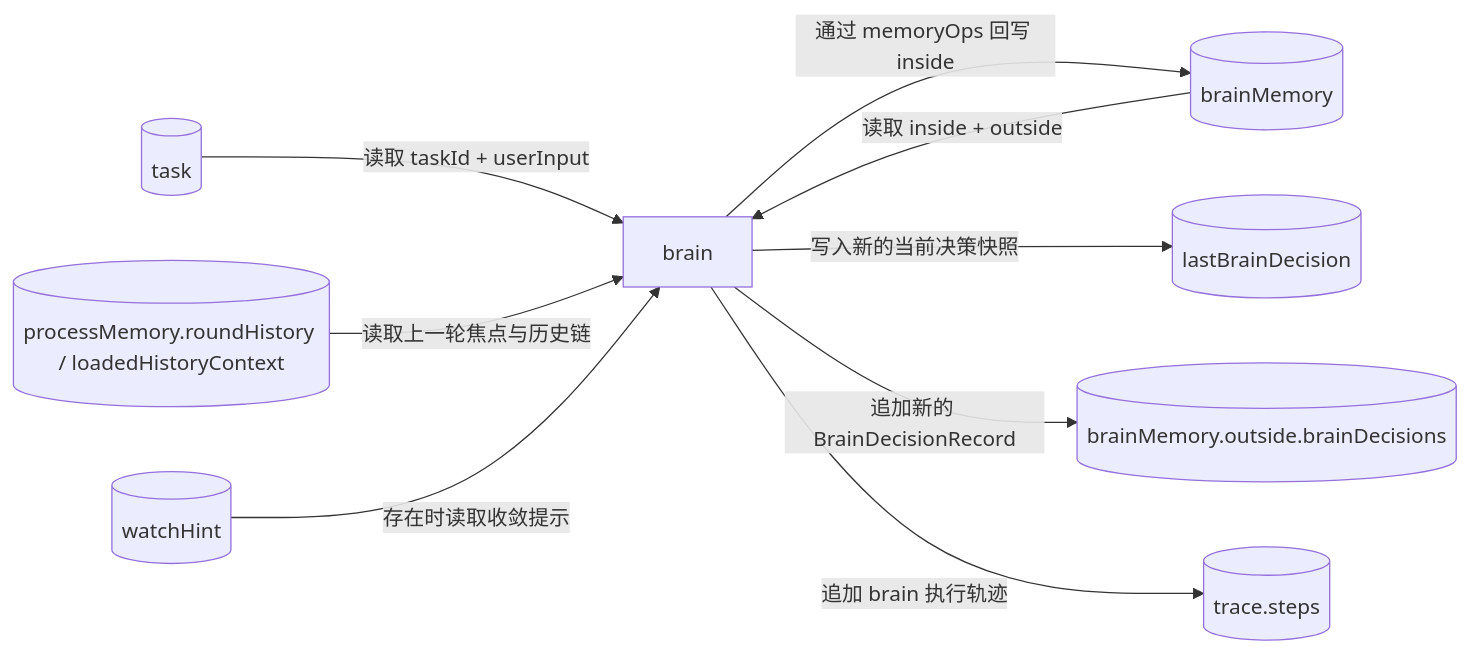
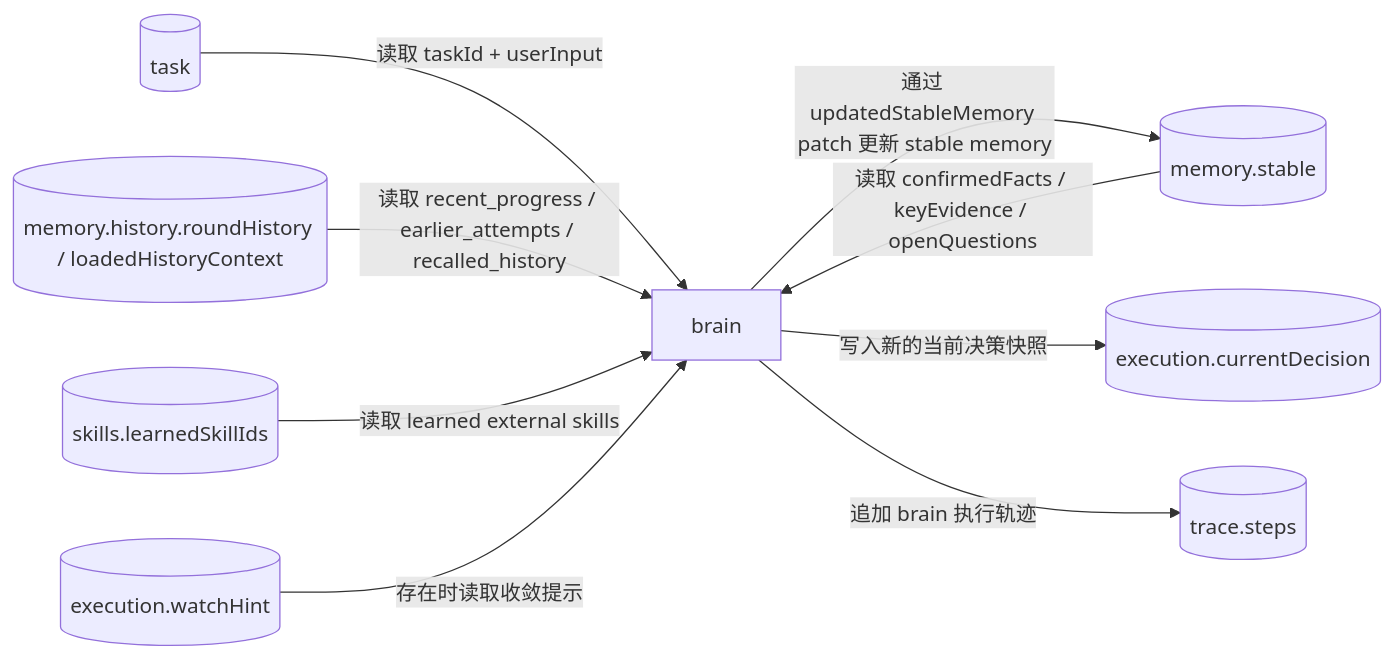
The fourth of 7 diagrams in doc/ai-design/data-definition-and-flow.md (Yoan98/Ncurator), drawn with Mermaid before and after one commit. The commit also changed other lines of this file and 52 other files, not shown here.

````diff
--- a/doc/ai-design/data-definition-and-flow.md
+++ b/doc/ai-design/data-definition-and-flow.md
@@ -903,20 +887,20 @@
 ```mermaid
 flowchart LR
     T[("task")]
-    BM[("brainMemory")]
-    PM[("processMemory.roundHistory / loadedHistoryContext")]
-    LBD[("lastBrainDecision")]
-    BD[("brainMemory.outside.brainDecisions")]
-    WH[("watchHint")]
+    SM[("memory.stable")]
+    HM[("memory.history.roundHistory / loadedHistoryContext")]
+    SK[("skills.learnedSkillIds")]
+    WH[("execution.watchHint")]
     B["brain"]
+    CD[("execution.currentDecision")]
     TR[("trace.steps")]
 
     T -->|读取 taskId + userInput| B
-    BM -->|读取 inside + outside| B
-    PM -->|读取上一轮焦点与历史链| B
+    SM -->|读取 confirmedFacts / keyEvidence / openQuestions| B
+    HM -->|读取 recent_progress / earlier_attempts / recalled_history| B
+    SK -->|读取 learned external skills| B
     WH -->|存在时读取收敛提示| B
-    B -->|通过 memoryOps 回写 inside| BM
-    B -->|写入新的当前决策快照| LBD
-    B -->|追加新的 BrainDecisionRecord| BD
+    B -->|通过 updatedStableMemory patch 更新 stable memory| SM
+    B -->|写入新的当前决策快照| CD
     B -->|追加 brain 执行轨迹| TR
 ```
````
